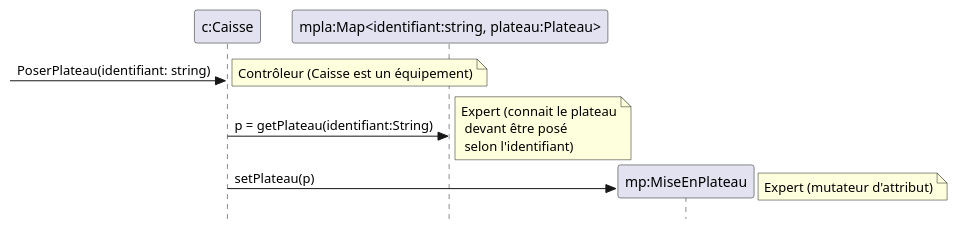
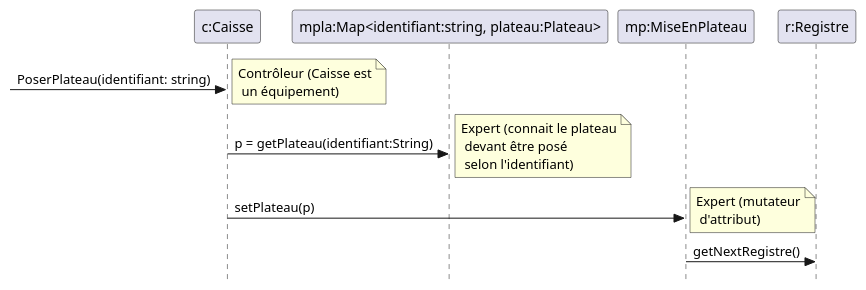
One commit to Sh4ytan/tp4 changed the third of 5 diagrams in rdcu.puml. Above: the diagram before and after it, drawn with PlantUML. The commit also changed other lines of this file, not shown here.

```diff
--- a/rdcu.puml
+++ b/rdcu.puml
@@ -36,18 +44,21 @@
 @startuml RDCU-PoserPlateau
 skinparam style strictuml
 Participant "c:Caisse" as C
 Participant "mpla:Map<identifiant:string, plateau:Plateau>" as MPLA
 Participant "mp:MiseEnPlateau" as MP
+Participant "r:Registre" as R
 
 
 -> C: PoserPlateau(identifiant: string)
-note right : Contrôleur (Caisse est un équipement)
+note right : Contrôleur (Caisse est\n un équipement)
 
 C-> MPLA: p = getPlateau(identifiant:String) 
 note right: Expert (connait le plateau\n devant être posé\n selon l'identifiant)
 
-C -> MP**: setPlateau(p)
-note right: Expert (mutateur d'attribut)
+C -> MP: setPlateau(p)
+note right: Expert (mutateur\n d'attribut)
+
+MP -> R: getNextRegistre()
 
 
 @enduml
```
